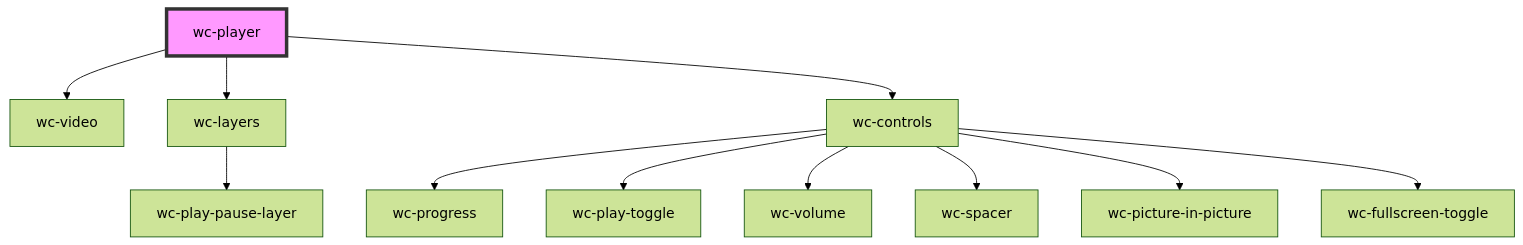
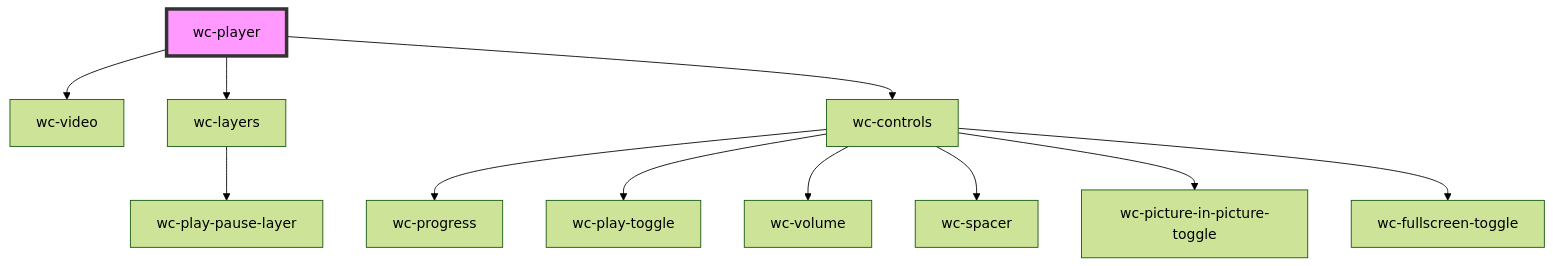
One commit to iChengbo/wcplayer changed the diagram in packages/wcplayer-components/src/components/wc-player/readme.md. Above: the diagram before and after it, drawn with Mermaid (forest theme). The commit also changed 12 other files, not shown here.

Commit message:
chore: rename wc-picture-in-picture to wc-picture-in-picture-toggle

````diff
--- a/packages/wcplayer-components/src/components/wc-player/readme.md
+++ b/packages/wcplayer-components/src/components/wc-player/readme.md
@@ -40,14 +40,14 @@
 ```mermaid
 graph TD;
   wc-player --> wc-video
   wc-player --> wc-layers
   wc-player --> wc-controls
   wc-layers --> wc-play-pause-layer
   wc-controls --> wc-progress
   wc-controls --> wc-play-toggle
   wc-controls --> wc-volume
   wc-controls --> wc-spacer
-  wc-controls --> wc-picture-in-picture
+  wc-controls --> wc-picture-in-picture-toggle
   wc-controls --> wc-fullscreen-toggle
   style wc-player fill:#f9f,stroke:#333,stroke-width:4px
 ```
````
